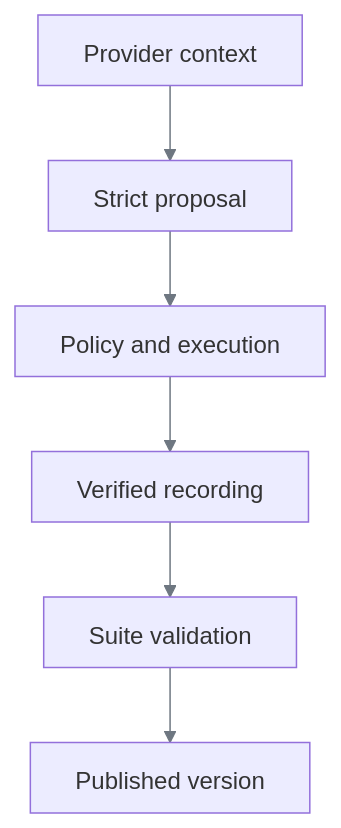
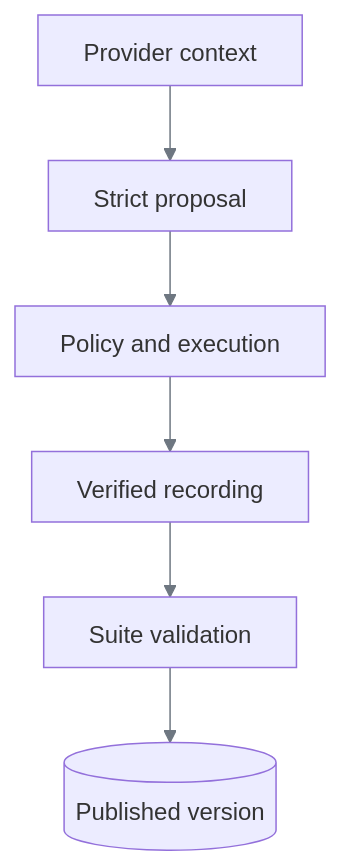
The third of 7 diagrams in docs/data-models.md (SivaTSS/replay-forge), drawn with Mermaid before and after one commit. The commit also changed other lines of this file and 15 other files, not shown here.

Commit message:
docs: unify reference structure and validate diagram consistency

````diff
--- a/docs/data-models.md
+++ b/docs/data-models.md
@@ -98,9 +101,9 @@
 ```mermaid
 %%{init: {"htmlLabels":false,"themeVariables":{"lineColor":"#6E7781","signalColor":"#6E7781"},"flowchart":{"curve":"linear"},"sequence":{"wrap":true}}}%%
 flowchart TB
     C[Provider context] --> P[Strict proposal]
     P --> X[Policy and execution]
     X --> S[Verified recording]
     S --> Q[Suite validation]
-    Q --> PUB[Published version]
+    Q --> PUB[(Published version)]
 ```
````
